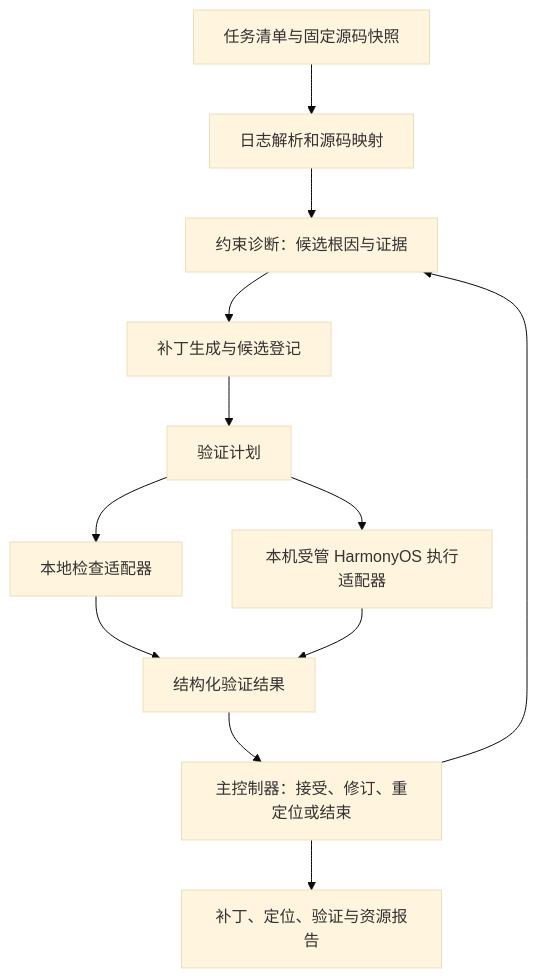
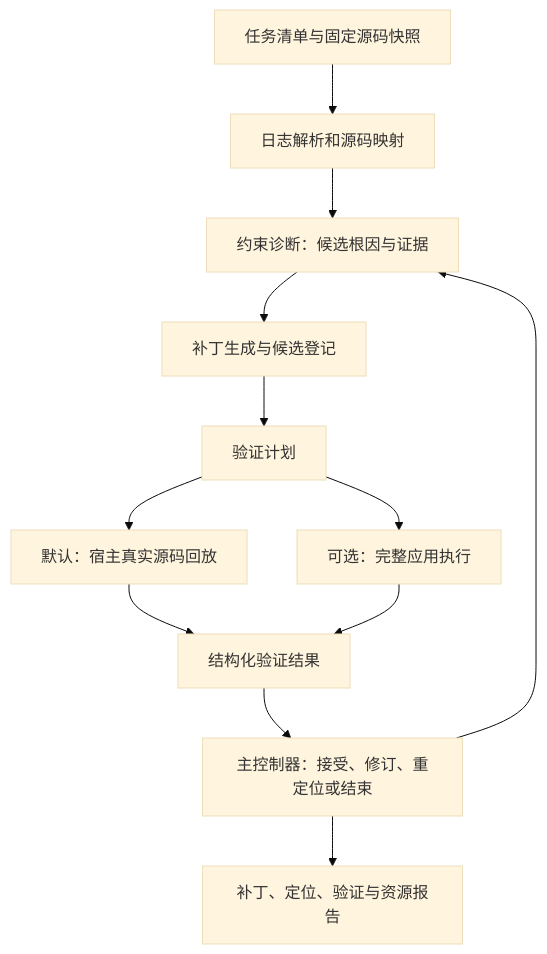
One commit to kxahcc/EviMend changed the first of 3 diagrams in docs/development/system-design-draft.md. Above: the diagram before and after it, drawn with Mermaid (base theme). The commit also changed other lines of this file and 34 other files, not shown here.

```diff
--- a/docs/development/system-design-draft.md
+++ b/docs/development/system-design-draft.md
@@ -173,14 +174,14 @@
 ~~~mermaid
 flowchart TD
     A[任务清单与固定源码快照] --> B[日志解析和源码映射]
     B --> C[约束诊断：候选根因与证据]
     C --> D[补丁生成与候选登记]
     D --> E[验证计划]
-    E --> F[本地检查适配器]
-    E --> G[本机受管 HarmonyOS 执行适配器]
+    E --> F[默认：宿主真实源码回放]
+    E --> G[可选：完整应用执行]
     F --> H[结构化验证结果]
     G --> H
     H --> I[主控制器：接受、修订、重定位或结束]
     I --> C
     I --> J[补丁、定位、验证与资源报告]
 ~~~
```
